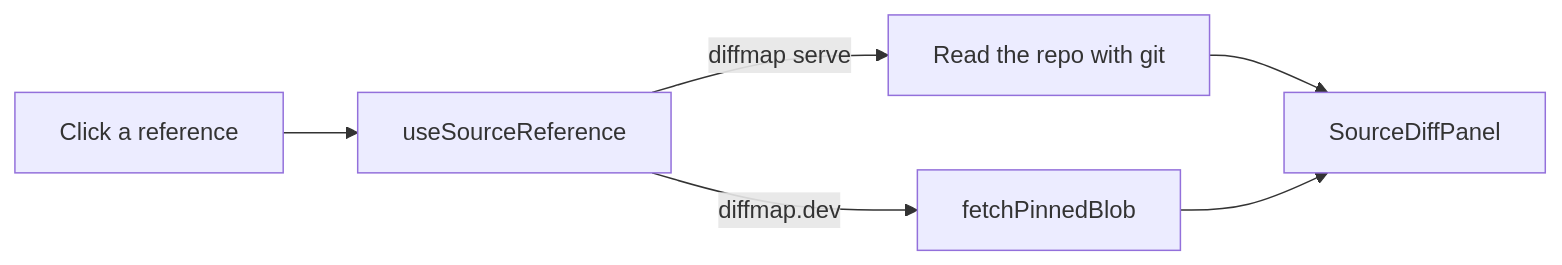
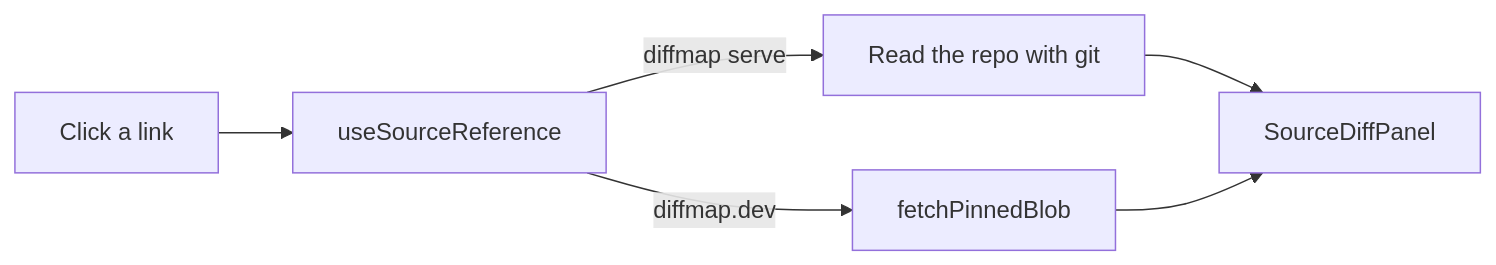
One commit to tanishqkancharla/diffmap changed the first of 2 diagrams in src/host/home.md. Above: the diagram before and after it, drawn with Mermaid. The commit also changed other lines of this file and 2 other files, not shown here.

````diff
--- a/src/host/home.md
+++ b/src/host/home.md
@@ -51,12 +79,12 @@
 ```mermaid
 flowchart LR
-  Click[Click a reference] --> Find[useSourceReference]
+  Click[Click a link] --> Find[useSourceReference]
   Find -->|diffmap serve| Local[Read the repo with git]
   Find -->|diffmap.dev| GitHub[fetchPinnedBlob]
   Local --> Panel[SourceDiffPanel]
   GitHub --> Panel
   %% ref node:Find [[src/viewer/sourceNavigation.ts#useSourceReference]]
   %% ref node:GitHub [[src/github/fetchRepo.ts#fetchPinnedBlob]]
   %% ref node:Panel [[src/viewer/SourceDiffPanel.tsx#SourceDiffPanel]]
   %% ref edge:1 [[src/viewer/sourceNavigation.ts#requestSource]]
 ```
````
